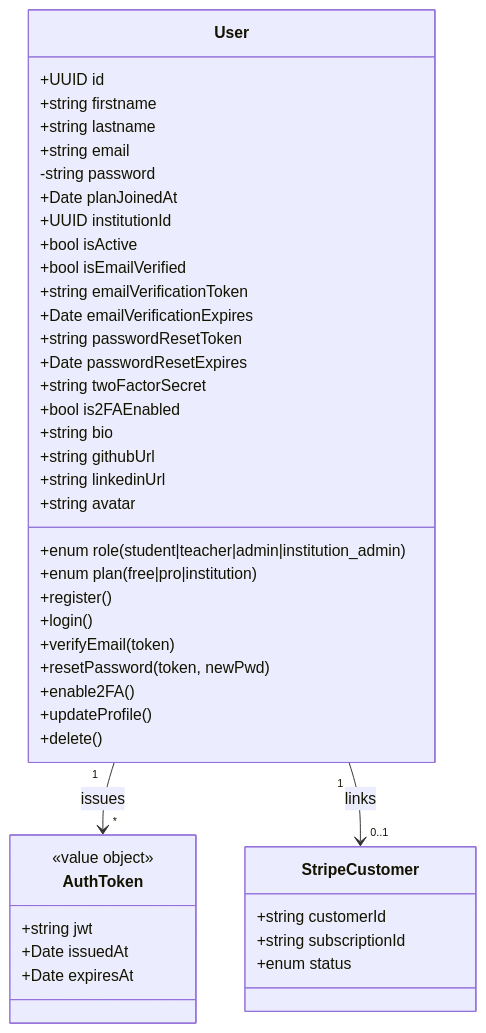
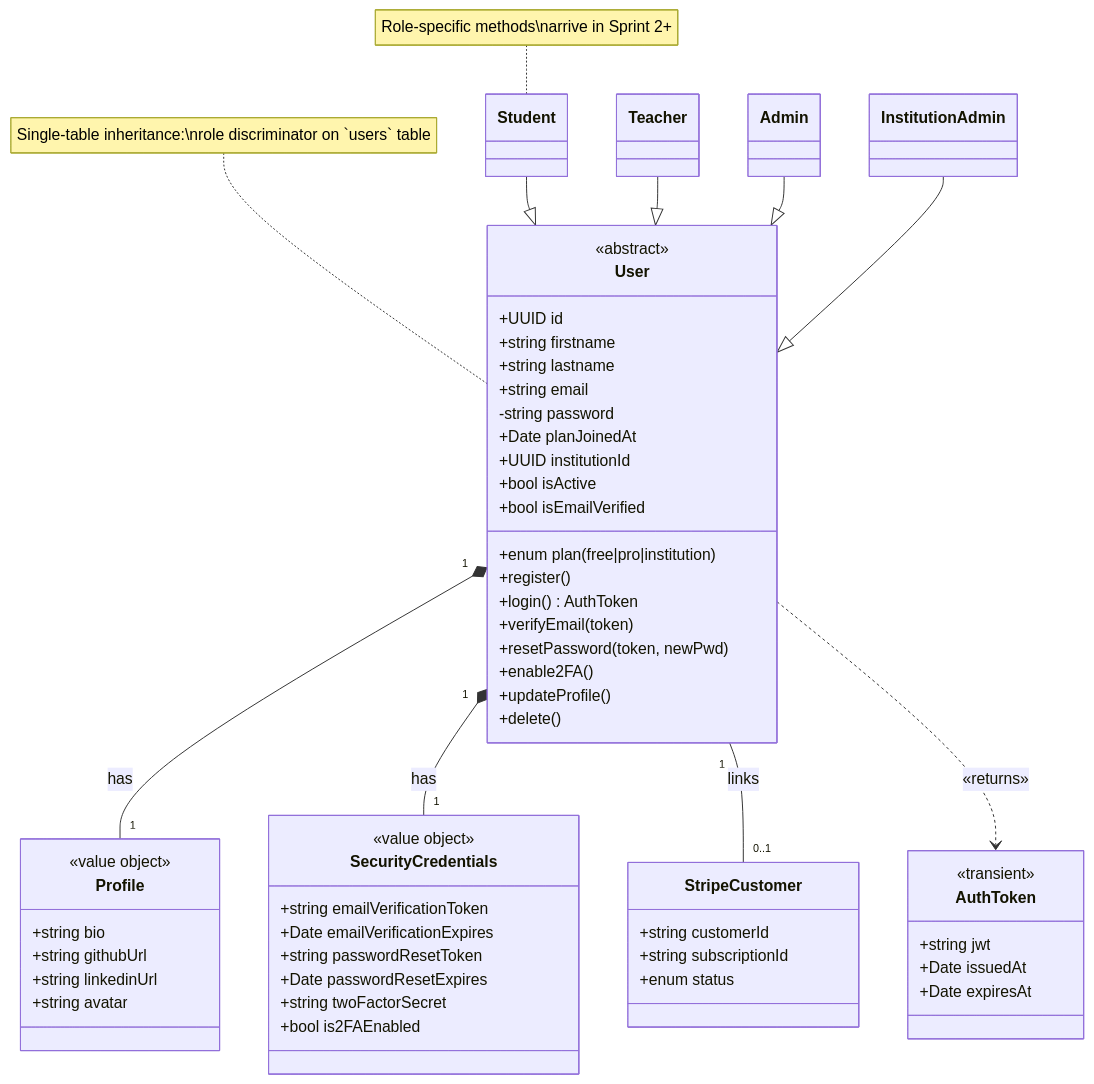
The ninth of 11 diagrams in docs/05_chapitre3_sprint1.md (MaizaAymen/OmniLearn), drawn with Mermaid before and after one commit. The commit also changed other lines of this file and 5 other files, not shown here.

````diff
--- a/docs/05_chapitre3_sprint1.md
+++ b/docs/05_chapitre3_sprint1.md
@@ -337,49 +337,78 @@
 ```mermaid
 classDiagram
+  direction TB
+
   class User {
+    <<abstract>>
     +UUID id
     +string firstname
     +string lastname
     +string email
     -string password
-    +enum role  (student|teacher|admin|institution_admin)
     +enum plan  (free|pro|institution)
     +Date planJoinedAt
     +UUID institutionId
     +bool isActive
     +bool isEmailVerified
-    +string emailVerificationToken
-    +Date  emailVerificationExpires
-    +string passwordResetToken
-    +Date  passwordResetExpires
-    +string twoFactorSecret
-    +bool  is2FAEnabled
-    +string bio
-    +string githubUrl
-    +string linkedinUrl
-    +string avatar
     +register()
-    +login()
+    +login() AuthToken
     +verifyEmail(token)
     +resetPassword(token, newPwd)
     +enable2FA()
     +updateProfile()
     +delete()
   }
 
+  class Student {
+  }
+  class Teacher {
+  }
+  class Admin {
+  }
+  class InstitutionAdmin {
+  }
+
+  class Profile {
+    <<value object>>
+    +string bio
+    +string githubUrl
+    +string linkedinUrl
+    +string avatar
+  }
+
+  class SecurityCredentials {
+    <<value object>>
+    +string emailVerificationToken
+    +Date   emailVerificationExpires
+    +string passwordResetToken
+    +Date   passwordResetExpires
+    +string twoFactorSecret
+    +bool   is2FAEnabled
+  }
+
   class AuthToken {
-    <<value object>>
+    <<transient>>
     +string jwt
     +Date issuedAt
     +Date expiresAt
   }
 
   class StripeCustomer {
     +string customerId
     +string subscriptionId
     +enum  status
   }
 
-  User "1" --> "*" AuthToken : issues
-  User "1" --> "0..1" StripeCustomer : links
+  Student          --|> User
+  Teacher          --|> User
+  Admin            --|> User
+  InstitutionAdmin --|> User
+
+  User "1" *-- "1"    Profile             : has
+  User "1" *-- "1"    SecurityCredentials : has
+  User "1" --  "0..1" StripeCustomer      : links
+  User ..> AuthToken : «returns»
+
+  note for User "Single-table inheritance:\nrole discriminator on `users` table"
+  note for Student "Role-specific methods\narrive in Sprint 2+"
 ```
````
